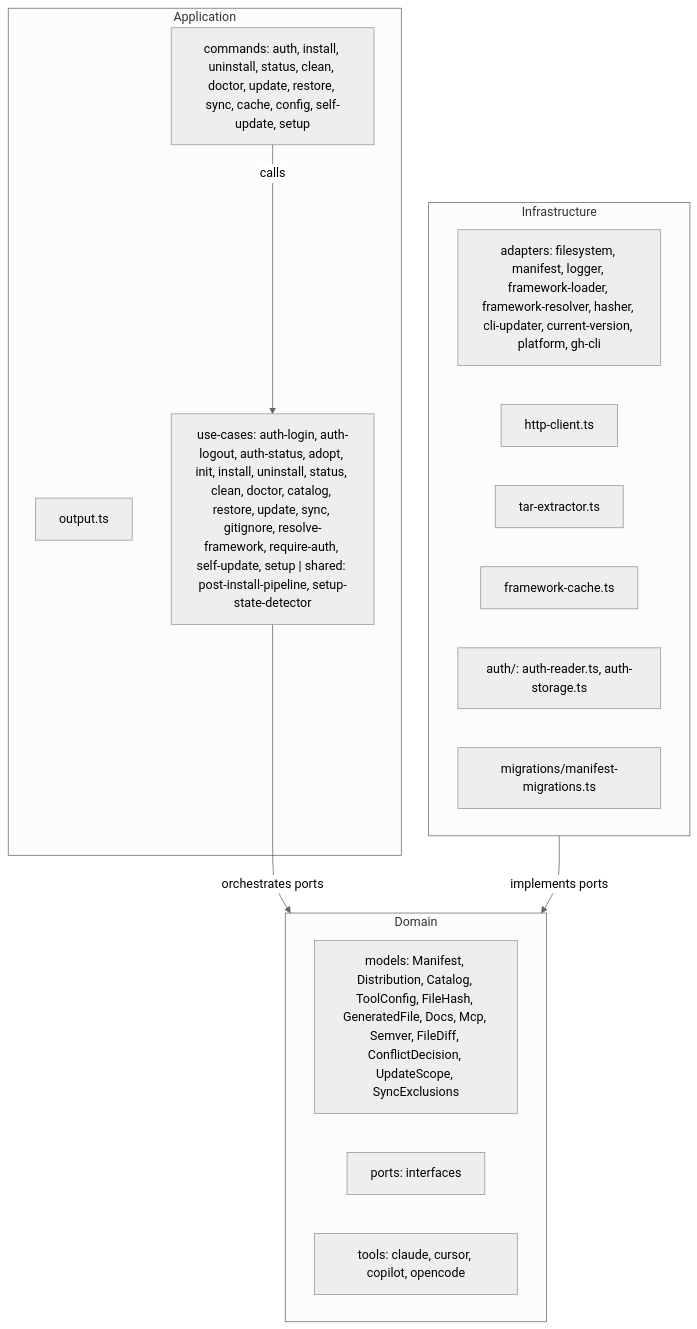
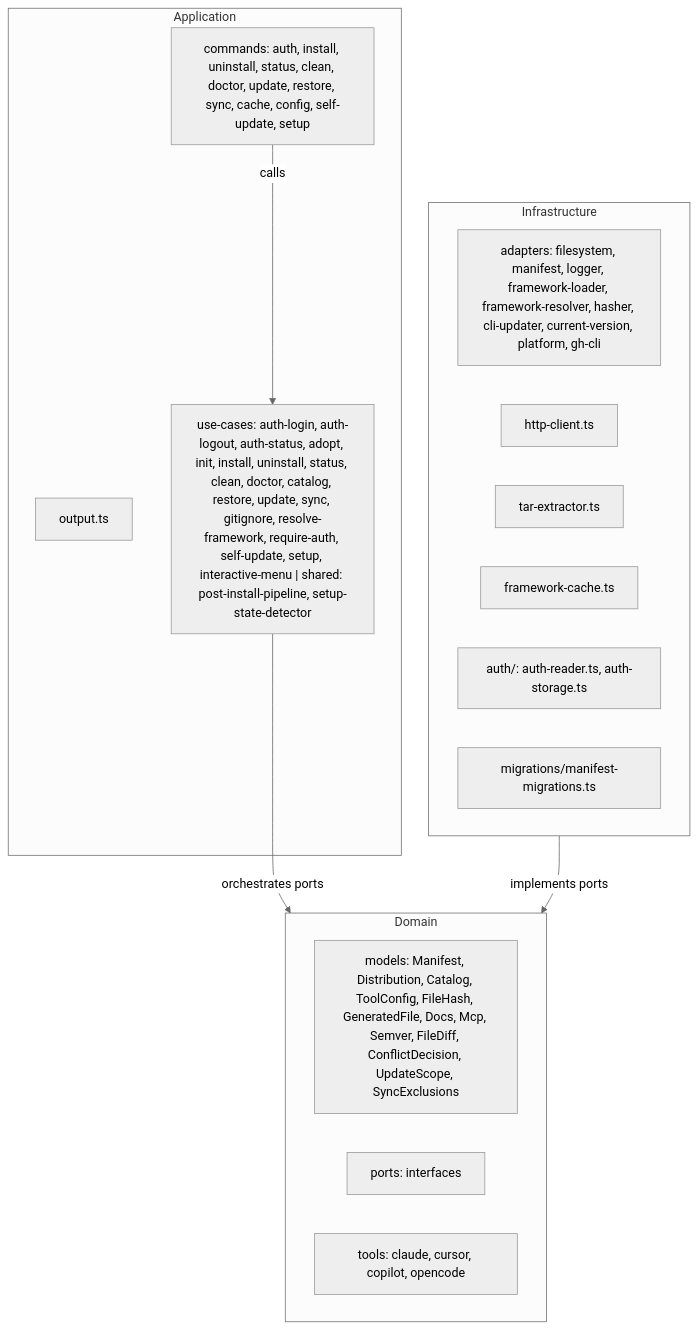
The second of 3 diagrams in aidd_docs/memory/architecture.md (ai-driven-dev/framework), drawn with Mermaid (neutral theme) before and after one commit. The commit also changed other lines of this file and 14 other files, not shown here.

First line of the commit message:
docs: add rules and decisions for interactive menu (#65)

````diff
--- a/aidd_docs/memory/architecture.md
+++ b/aidd_docs/memory/architecture.md
@@ -40,24 +40,24 @@
 ```mermaid
 flowchart TD
     subgraph APP["Application"]
         CMD_FILES["commands: auth, install, uninstall, status, clean, doctor, update, restore, sync, cache, config, self-update, setup"]
         OUTPUT["output.ts"]
-        USECASES["use-cases: auth-login, auth-logout, auth-status, adopt, init, install, uninstall, status, clean, doctor, catalog, restore, update, sync, gitignore, resolve-framework, require-auth, self-update, setup | shared: post-install-pipeline, setup-state-detector"]
+        USECASES["use-cases: auth-login, auth-logout, auth-status, adopt, init, install, uninstall, status, clean, doctor, catalog, restore, update, sync, gitignore, resolve-framework, require-auth, self-update, setup, interactive-menu | shared: post-install-pipeline, setup-state-detector"]
     end
     subgraph DOM["Domain"]
         MODELS["models: Manifest, Distribution, Catalog, ToolConfig, FileHash, GeneratedFile, Docs, Mcp, Semver, FileDiff, ConflictDecision, UpdateScope, SyncExclusions"]
         PORTS["ports: interfaces"]
         TOOLS["tools: claude, cursor, copilot, opencode"]
     end
     subgraph INFRA["Infrastructure"]
         ADAPTERS["adapters: filesystem, manifest, logger, framework-loader, framework-resolver, hasher, cli-updater, current-version, platform, gh-cli"]
         HTTP["http-client.ts"]
         TAR["tar-extractor.ts"]
         CACHE["framework-cache.ts"]
         AUTH["auth/: auth-reader.ts, auth-storage.ts"]
         MIG["migrations/manifest-migrations.ts"]
     end
     CMD_FILES -->|calls| USECASES
     USECASES -->|orchestrates ports| DOM
     INFRA -->|implements ports| DOM
 ```
````
